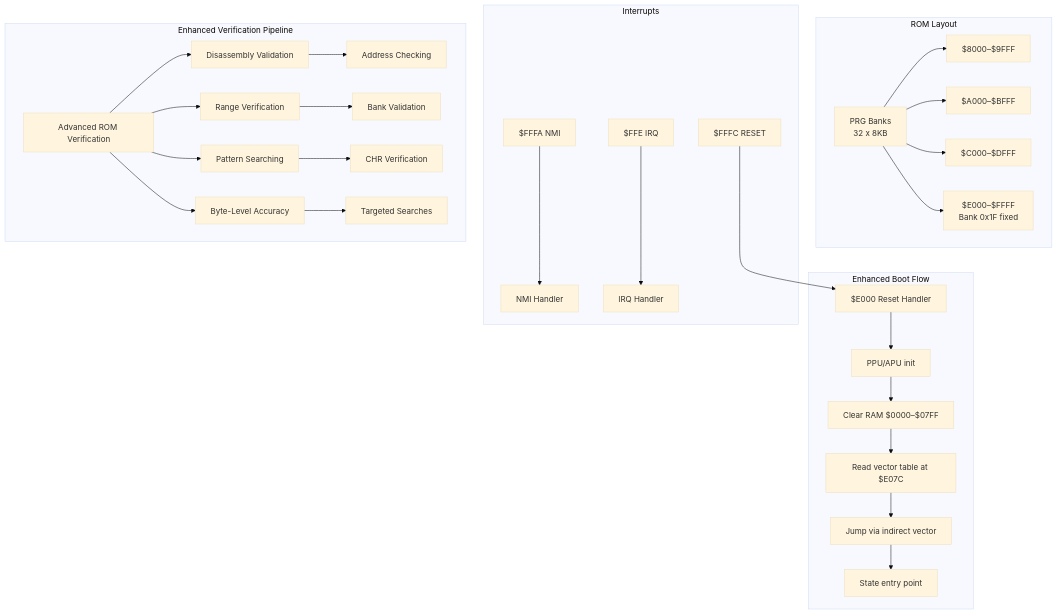
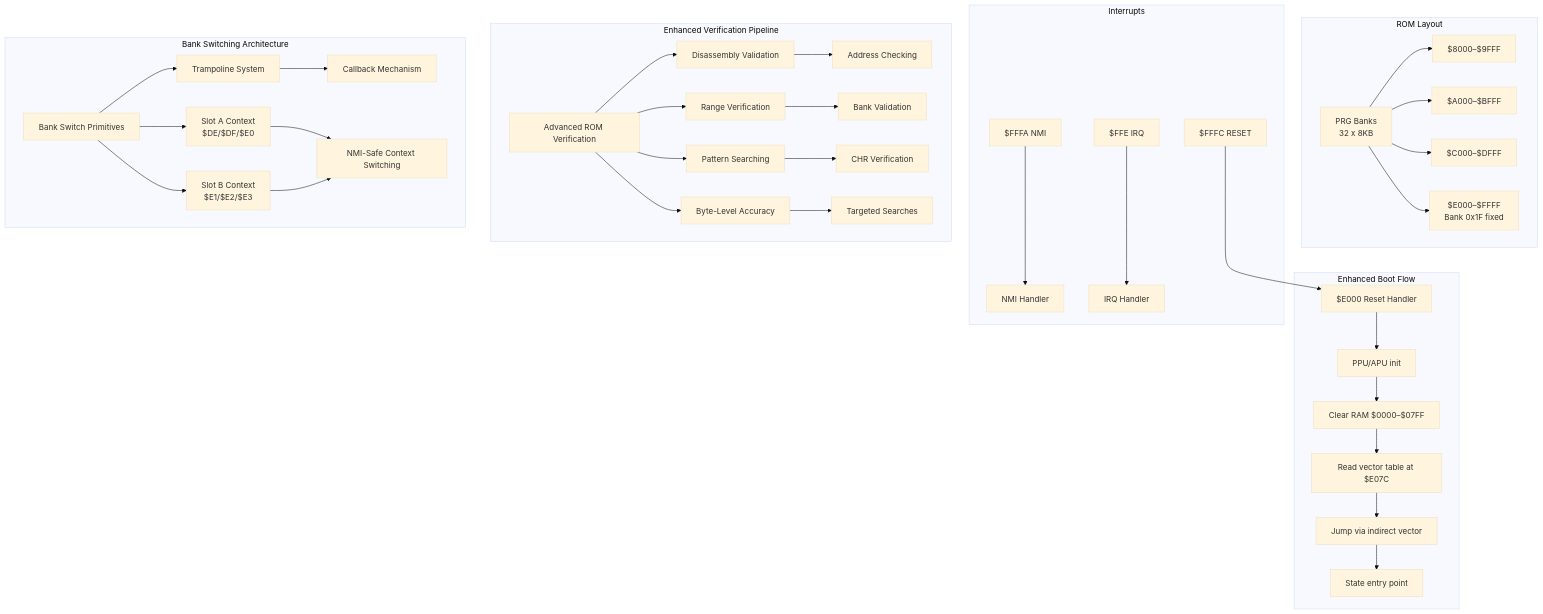
The second of 10 diagrams in .qoder/repowiki/en/content/ROM Analysis and Understanding/ROM Analysis and Understanding.md (rabbyzero/sango2dasm), drawn with Mermaid (base theme) before and after one commit. The commit also changed other lines of this file and 33 other files, not shown here.

````diff
--- a/.qoder/repowiki/en/content/ROM Analysis and Understanding/ROM Analysis and Understanding.md
+++ b/.qoder/repowiki/en/content/ROM Analysis and Understanding/ROM Analysis and Understanding.md
@@ -177,31 +193,39 @@
 ```mermaid
 graph TB
 subgraph "ROM Layout"
 PRG["PRG Banks<br/>32 x 8KB"] --> S8["$8000–$9FFF"]
 PRG --> SA["$A000–$BFFF"]
 PRG --> SC["$C000–$DFFF"]
 PRG --> SF["$E000–$FFFF<br/>Bank 0x1F fixed"]
 end
 subgraph "Enhanced Boot Flow"
 RST["$E000 Reset Handler"] --> INIT["PPU/APU init"]
 INIT --> CLEAR["Clear RAM $0000–$07FF"]
 CLEAR --> VEC["Read vector table at $E07C"]
 VEC --> JUMP["Jump via indirect vector"]
 JUMP --> STATE["State entry point"]
 end
 subgraph "Interrupts"
 NMI["$FFFA NMI"] --> NH["NMI Handler"]
 RST2["$FFFC RESET"] --> RST
 IRQ["$FFE IRQ"] --> IH["IRQ Handler"]
 end
 subgraph "Enhanced Verification Pipeline"
 VERIFICATION["Advanced ROM Verification"] --> DISASM["Disassembly Validation"]
 VERIFICATION --> RANGE["Range Verification"]
 VERIFICATION --> PATTERN["Pattern Searching"]
 VERIFICATION --> BYTE["Byte-Level Accuracy"]
 DISASM --> ADDR["Address Checking"]
 RANGE --> BANK["Bank Validation"]
 PATTERN --> CHR["CHR Verification"]
 BYTE --> SEARCH["Targeted Searches"]
 end
+subgraph "Bank Switching Architecture"
+SWITCH["Bank Switch Primitives"] --> SLOT_A["Slot A Context<br/>$DE/$DF/$E0"]
+SWITCH --> SLOT_B["Slot B Context<br/>$E1/$E2/$E3"]
+SWITCH --> TRAMP["Trampoline System"]
+TRAMP --> CALLBACK["Callback Mechanism"]
+SLOT_A --> NMI_SAFE["NMI-Safe Context Switching"]
+SLOT_B --> NMI_SAFE
+end
 ```
````
